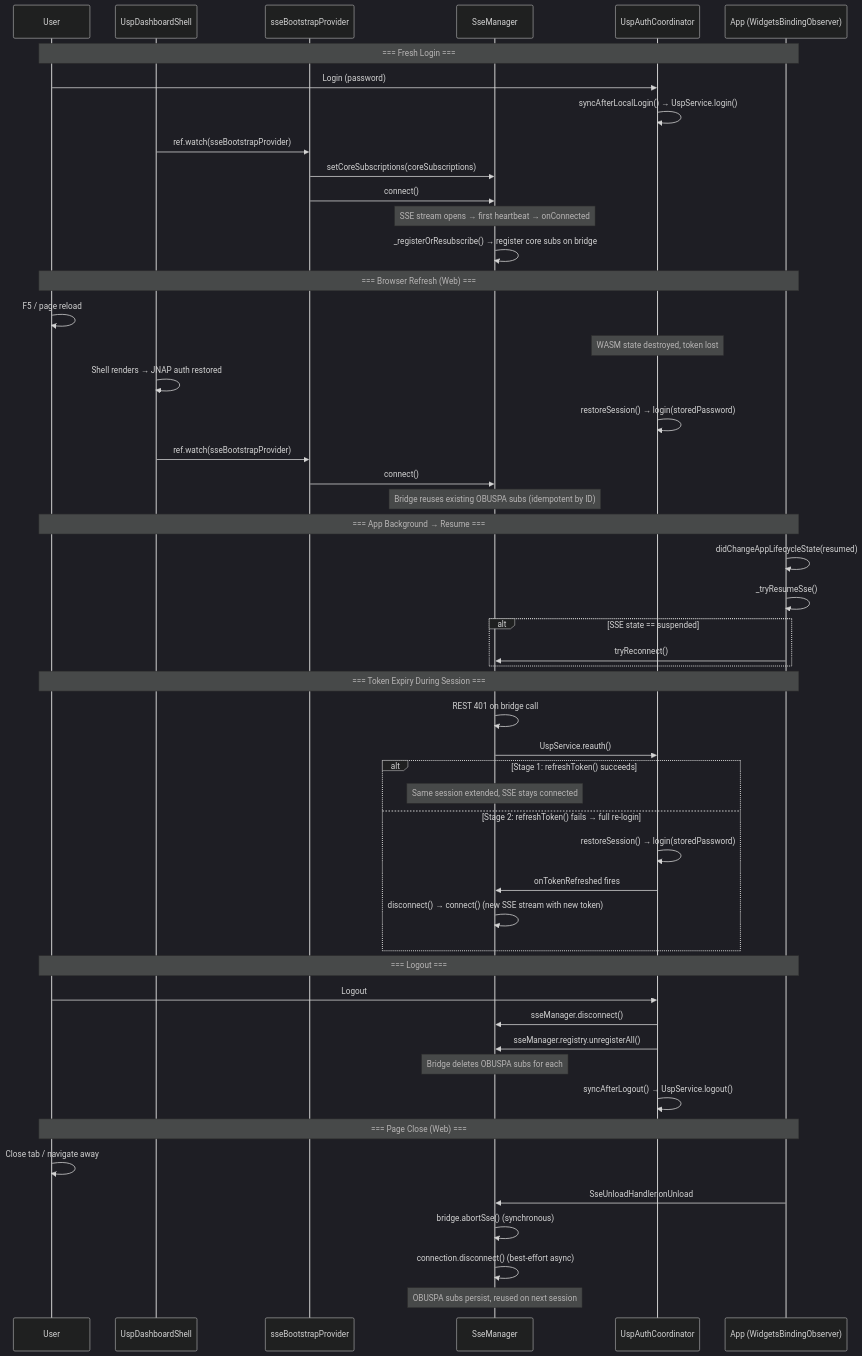
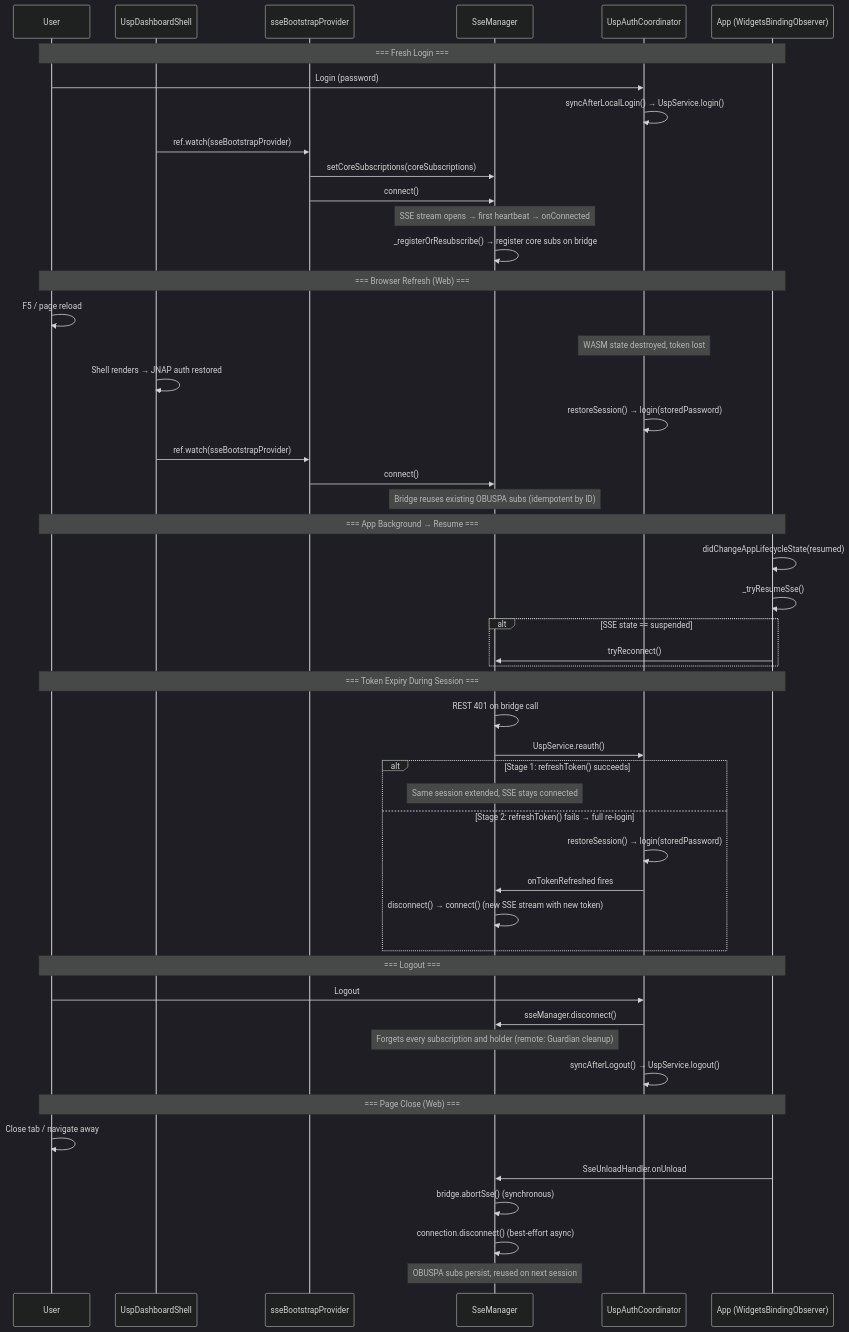
Before and after one commit to linksys/PrivacyGUI: the second of 9 diagrams in doc/usp/integration/sse_implementation.md, drawn with Mermaid (dark theme). The commit also changed other lines of this file and 4 other files, not shown here.

First line of the commit message:
refactor(auth): drop logout's unregisterAll, which the disconnect before it had emptied (#1887)

````diff
--- a/doc/usp/integration/sse_implementation.md
+++ b/doc/usp/integration/sse_implementation.md
@@ -91,59 +91,58 @@
 ```mermaid
 sequenceDiagram
     participant User
     participant Shell as UspDashboardShell
     participant Boot as sseBootstrapProvider
     participant Mgr as SseManager
     participant Auth as UspAuthCoordinator
     participant App as App (WidgetsBindingObserver)
 
     Note over User,App: === Fresh Login ===
     User->>Auth: Login (password)
     Auth->>Auth: syncAfterLocalLogin() → UspService.login()
     Shell->>Boot: ref.watch(sseBootstrapProvider)
     Boot->>Mgr: setCoreSubscriptions(coreSubscriptions)
     Boot->>Mgr: connect()
     Note over Mgr: SSE stream opens → first heartbeat → onConnected
     Mgr->>Mgr: _registerOrResubscribe() → register core subs on bridge
 
     Note over User,App: === Browser Refresh (Web) ===
     User->>User: F5 / page reload
     Note over Auth: WASM state destroyed, token lost
     Shell->>Shell: Shell renders → JNAP auth restored
     Auth->>Auth: restoreSession() → login(storedPassword)
     Shell->>Boot: ref.watch(sseBootstrapProvider)
     Boot->>Mgr: connect()
     Note over Mgr: Bridge reuses existing OBUSPA subs (idempotent by ID)
 
     Note over User,App: === App Background → Resume ===
     App->>App: didChangeAppLifecycleState(resumed)
     App->>App: _tryResumeSse()
     alt SSE state == suspended
         App->>Mgr: tryReconnect()
     end
 
     Note over User,App: === Token Expiry During Session ===
     Mgr->>Mgr: REST 401 on bridge call
     Mgr->>Auth: UspService.reauth()
     alt Stage 1: refreshToken() succeeds
         Note over Mgr: Same session extended, SSE stays connected
     else Stage 2: refreshToken() fails → full re-login
         Auth->>Auth: restoreSession() → login(storedPassword)
         Auth->>Mgr: onTokenRefreshed fires
         Mgr->>Mgr: disconnect() → connect() (new SSE stream with new token)
     end
 
     Note over User,App: === Logout ===
     User->>Auth: Logout
     Auth->>Mgr: sseManager.disconnect()
-    Auth->>Mgr: sseManager.registry.unregisterAll()
-    Note over Mgr: Bridge deletes OBUSPA subs for each
+    Note over Mgr: Forgets every subscription and holder (remote: Guardian cleanup)
     Auth->>Auth: syncAfterLogout() → UspService.logout()
 
     Note over User,App: === Page Close (Web) ===
     User->>User: Close tab / navigate away
     App->>Mgr: SseUnloadHandler.onUnload
     Mgr->>Mgr: bridge.abortSse() (synchronous)
     Mgr->>Mgr: connection.disconnect() (best-effort async)
     Note over Mgr: OBUSPA subs persist, reused on next session
 ```
````
